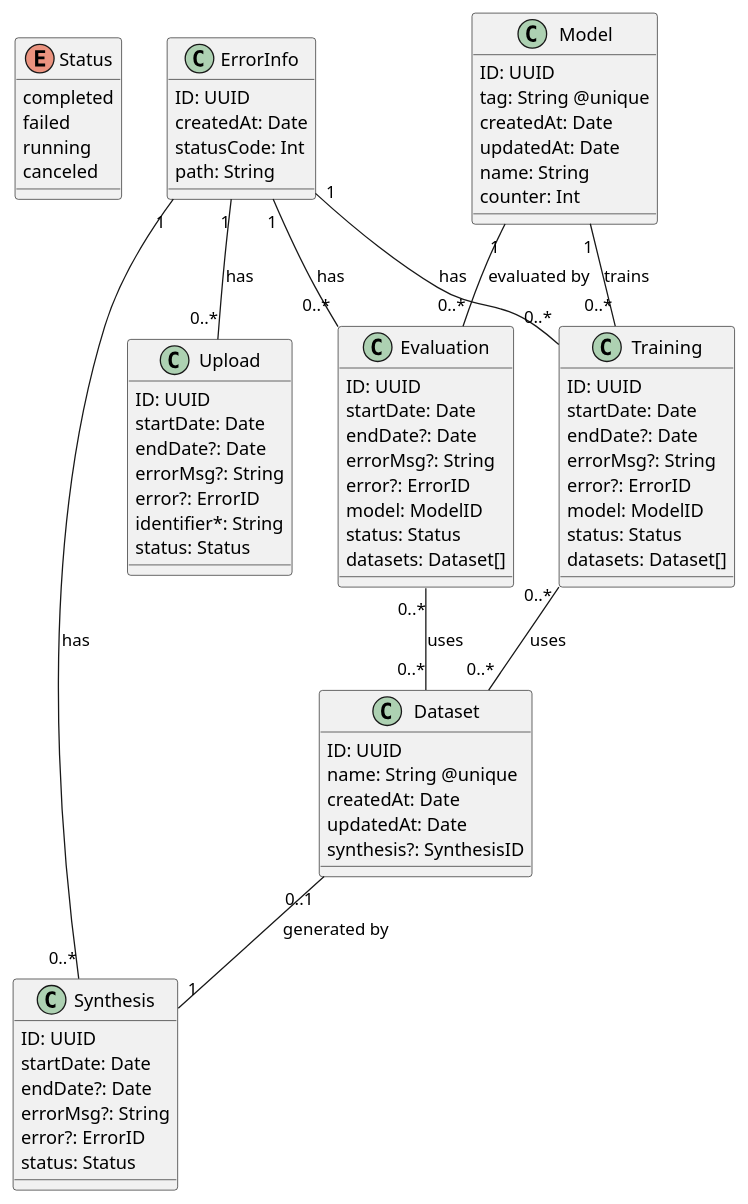
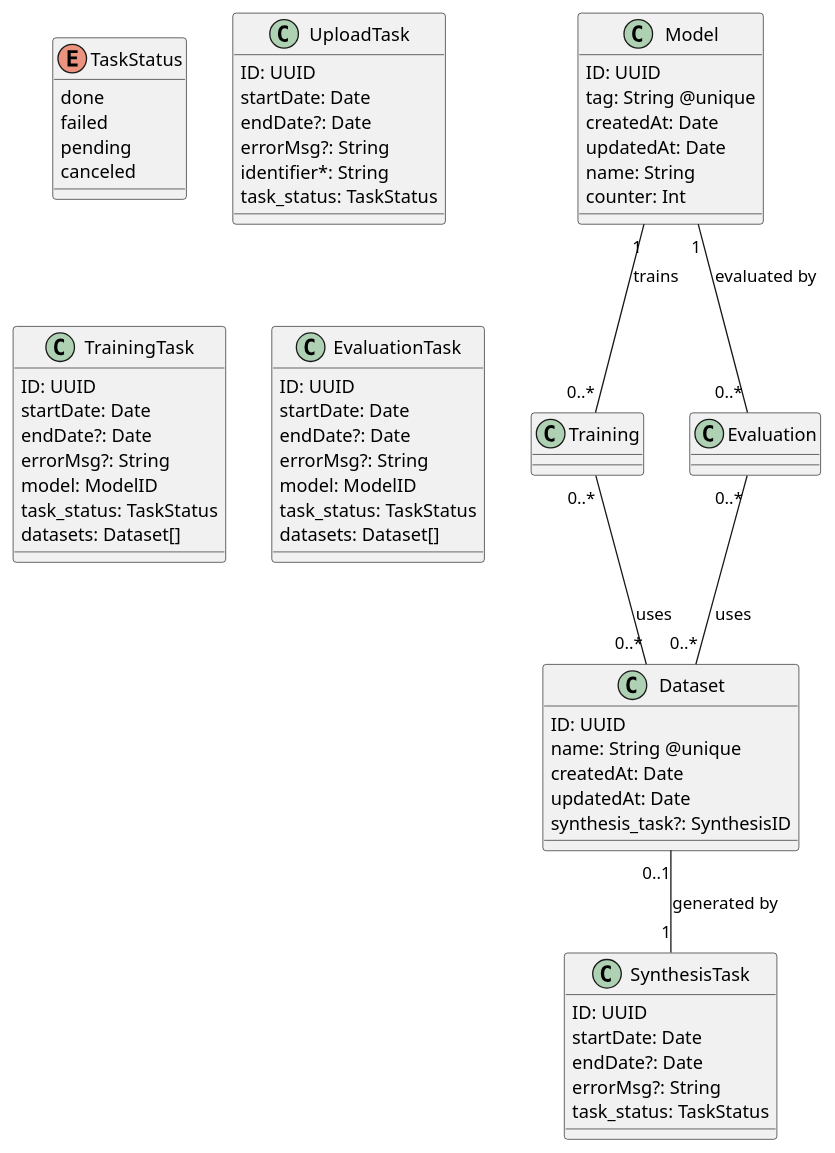
One commit to Yukasama/vectorize changed the diagram in docs/entity-relation.plantuml. Above: the diagram before and after it, drawn with PlantUML. The commit also changed 12 other files, not shown here.

Commit message:
feat: create upload model, rename status

```diff
--- a/docs/entity-relation.plantuml
+++ b/docs/entity-relation.plantuml
@@ -1,88 +1,72 @@
 @startuml ER-Diagram für die SQLite Datenbank
 
-enum Status {
-  completed
+enum TaskStatus {
+  done
   failed
-  running
+  pending
   canceled
 }
 
-class ErrorInfo {
-  ID: UUID
-  createdAt: Date
-  statusCode: Int
-  path: String
-}
-
-class Upload {
+class UploadTask {
   ID: UUID
   startDate: Date
   endDate?: Date
   errorMsg?: String
-  error?: ErrorID
   identifier*: String
-  status: Status
+  task_status: TaskStatus
 }
 
-class Training {
+class TrainingTask {
   ID: UUID
   startDate: Date
   endDate?: Date
   errorMsg?: String
-  error?: ErrorID
   model: ModelID
-  status: Status
+  task_status: TaskStatus
   datasets: Dataset[]
 }
 
-class Evaluation {
+class EvaluationTask {
   ID: UUID
   startDate: Date
   endDate?: Date
   errorMsg?: String
-  error?: ErrorID
   model: ModelID
-  status: Status
+  task_status: TaskStatus
   datasets: Dataset[]
 }
 
 class Model {
   ID: UUID
   tag: String @unique
   createdAt: Date
   updatedAt: Date
   name: String
   counter: Int
 }
 
 class Dataset {
   ID: UUID
   name: String @unique
   createdAt: Date
   updatedAt: Date
-  synthesis?: SynthesisID
+  synthesis_task?: SynthesisID
 }
 
-class Synthesis {
+class SynthesisTask {
   ID: UUID
   startDate: Date
   endDate?: Date
   errorMsg?: String
-  error?: ErrorID
-  status: Status
+  task_status: TaskStatus
 }
-
-ErrorInfo "1" -- "0..*" Upload : has
-ErrorInfo "1" -- "0..*" Training : has
-ErrorInfo "1" -- "0..*" Evaluation : has
-ErrorInfo "1" -- "0..*" Synthesis : has
 
 Model "1" -- "0..*" Training : trains
 Model "1" -- "0..*" Evaluation : evaluated by
 
 Training "0..*" -- "0..*" Dataset : uses
 Evaluation "0..*" -- "0..*" Dataset : uses
 
-Dataset "0..1" -- "1" Synthesis : generated by
+Dataset "0..1" -- "1" SynthesisTask : generated by
 
 @enduml
```
